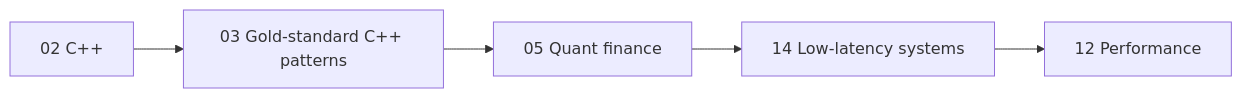
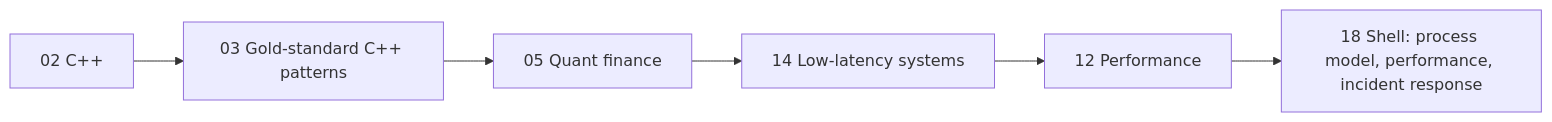
One commit to shreejitverma/SDE-Interview-Prep changed the third of 5 diagrams in 00-Start-Here/Roadmap.md. Above: the diagram before and after it, drawn with Mermaid. The commit also changed other lines of this file and 239 other files, not shown here.

````diff
--- a/00-Start-Here/Roadmap.md
+++ b/00-Start-Here/Roadmap.md
@@ -62,7 +66,8 @@
 ```mermaid
 flowchart LR
     Cpp["02 C++"] --> Gold["03 Gold-standard C++ patterns"]
     Gold --> Q["05 Quant finance"]
     Q --> LL["14 Low-latency systems"]
     LL --> Perf["12 Performance"]
+    Perf --> Sh["18 Shell: process model, performance, incident response"]
 ```
````
